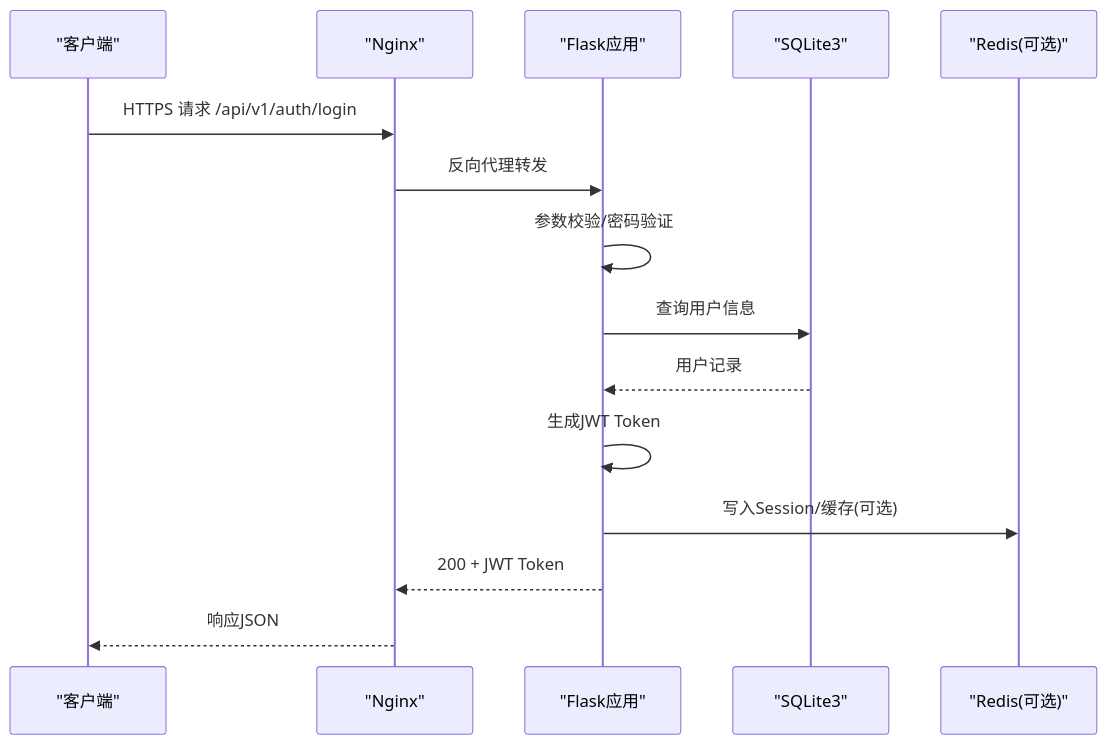
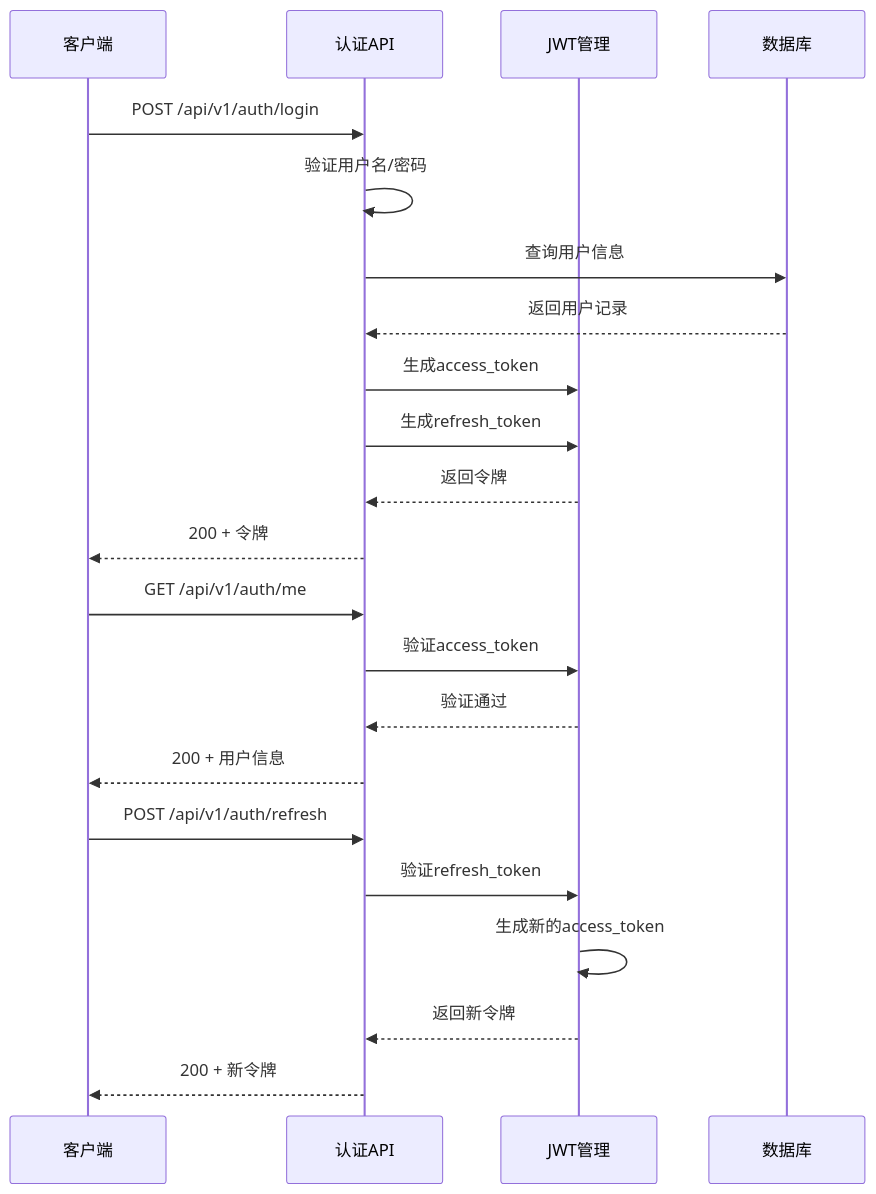
The third of 6 diagrams in .qoder/repowiki/zh/content/需求规格说明/技术需求.md (wyg5208/website_diy), drawn with Mermaid before and after one commit. The commit also changed other lines of this file and 43 other files, not shown here.

````diff
--- a/.qoder/repowiki/zh/content/需求规格说明/技术需求.md
+++ b/.qoder/repowiki/zh/content/需求规格说明/技术需求.md
@@ -151,17 +167,24 @@
 ```mermaid
 sequenceDiagram
-participant C as "客户端"
-participant N as "Nginx"
-participant F as "Flask应用"
-participant DB as "SQLite3"
-participant R as "Redis(可选)"
-C->>N : HTTPS 请求 /api/v1/auth/login
-N->>F : 反向代理转发
-F->>F : 参数校验/密码验证
-F->>DB : 查询用户信息
-DB-->>F : 用户记录
-F->>F : 生成JWT Token
-F->>R : 写入Session/缓存(可选)
-F-->>N : 200 + JWT Token
-N-->>C : 响应JSON
+participant Client as 客户端
+participant Auth as 认证API
+participant JWT as JWT管理
+participant DB as 数据库
+Client->>Auth : POST /api/v1/auth/login
+Auth->>Auth : 验证用户名/密码
+Auth->>DB : 查询用户信息
+DB-->>Auth : 返回用户记录
+Auth->>JWT : 生成access_token
+Auth->>JWT : 生成refresh_token
+JWT-->>Auth : 返回令牌
+Auth-->>Client : 200 + 令牌
+Client->>Auth : GET /api/v1/auth/me
+Auth->>JWT : 验证access_token
+JWT-->>Auth : 验证通过
+Auth-->>Client : 200 + 用户信息
+Client->>Auth : POST /api/v1/auth/refresh
+Auth->>JWT : 验证refresh_token
+JWT->>JWT : 生成新的access_token
+JWT-->>Auth : 返回新令牌
+Auth-->>Client : 200 + 新令牌
 ```
````
